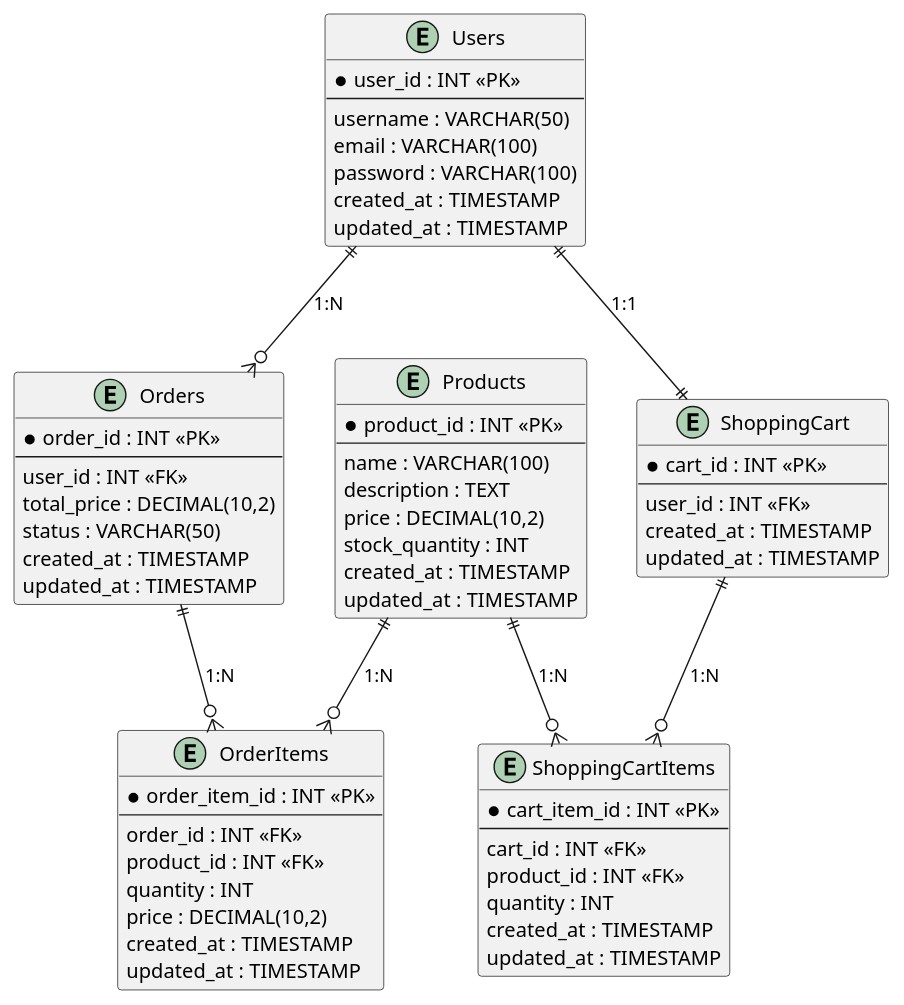
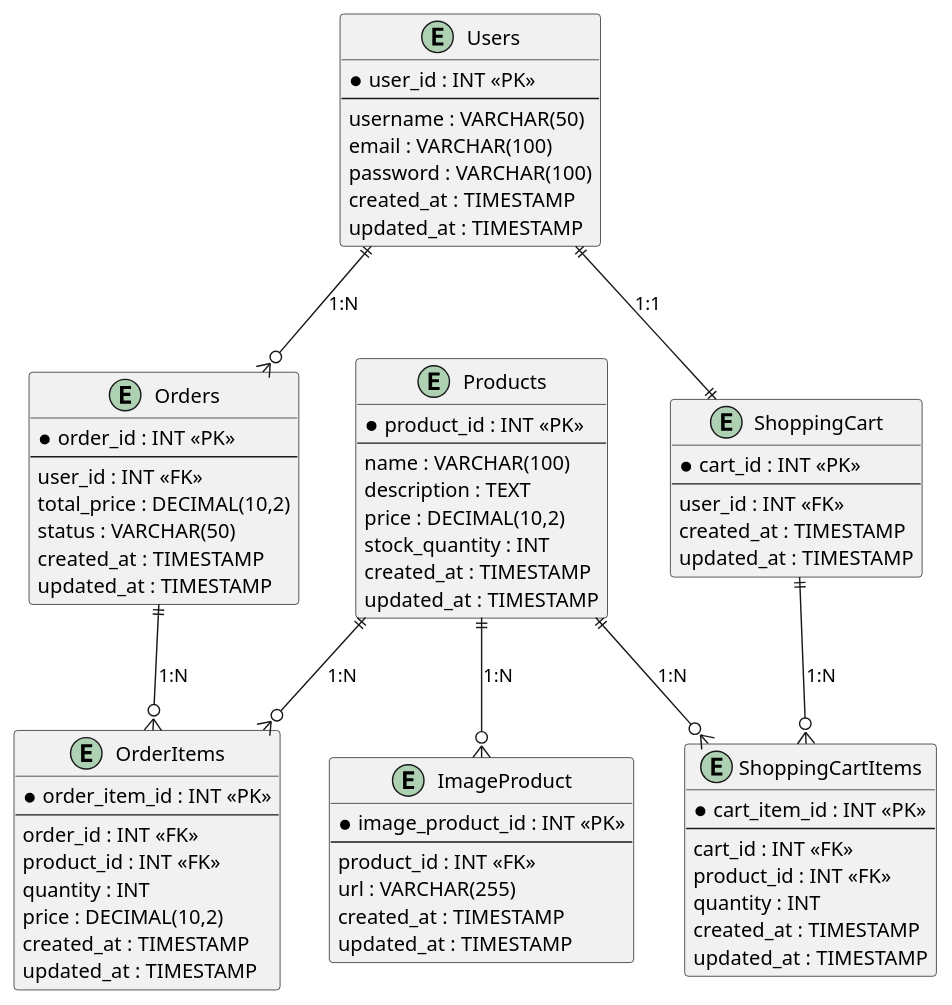
The diagram in backend-natura/db.plantuml (jnerydesigner/natura-challenge), drawn with PlantUML before and after one commit. The commit also changed 4 other files, not shown here.

Commit message:
Feat: Include oagination and neu image diagram

```diff
--- a/backend-natura/db.plantuml
+++ b/backend-natura/db.plantuml
@@ -1,68 +1,78 @@
 @startuml Diagrama do E-commerce
 entity "Users" as Users {
     * user_id : INT <<PK>>
     --
     username : VARCHAR(50)
     email : VARCHAR(100)
     password : VARCHAR(100)
     created_at : TIMESTAMP
     updated_at : TIMESTAMP
 }
 
 entity "Products" as Products {
     * product_id : INT <<PK>>
     --
     name : VARCHAR(100)
     description : TEXT
     price : DECIMAL(10,2)
     stock_quantity : INT
+    created_at : TIMESTAMP
+    updated_at : TIMESTAMP
+}
+
+entity "ImageProduct" as ImageProduct {
+    * image_product_id : INT <<PK>>
+    --
+    product_id : INT <<FK>>
+    url : VARCHAR(255)
     created_at : TIMESTAMP
     updated_at : TIMESTAMP
 }
 
 entity "Orders" as Orders {
     * order_id : INT <<PK>>
     --
     user_id : INT <<FK>>
     total_price : DECIMAL(10,2)
     status : VARCHAR(50)
     created_at : TIMESTAMP
     updated_at : TIMESTAMP
 }
 
 entity "OrderItems" as OrderItems {
     * order_item_id : INT <<PK>>
     --
     order_id : INT <<FK>>
     product_id : INT <<FK>>
     quantity : INT
     price : DECIMAL(10,2)
     created_at : TIMESTAMP
     updated_at : TIMESTAMP
 }
 
 entity "ShoppingCart" as ShoppingCart {
     * cart_id : INT <<PK>>
     --
     user_id : INT <<FK>>
     created_at : TIMESTAMP
     updated_at : TIMESTAMP
 }
 
 entity "ShoppingCartItems" as ShoppingCartItems {
     * cart_item_id : INT <<PK>>
     --
     cart_id : INT <<FK>>
     product_id : INT <<FK>>
     quantity : INT
     created_at : TIMESTAMP
     updated_at : TIMESTAMP
 }
 
 Users ||--o{ Orders : "1:N"
 Orders ||--o{ OrderItems : "1:N"
 Products ||--o{ OrderItems : "1:N"
 Users ||--|| ShoppingCart : "1:1"
 ShoppingCart ||--o{ ShoppingCartItems : "1:N"
 Products ||--o{ ShoppingCartItems : "1:N"
+Products ||--o{ ImageProduct : "1:N"
 @enduml
```
